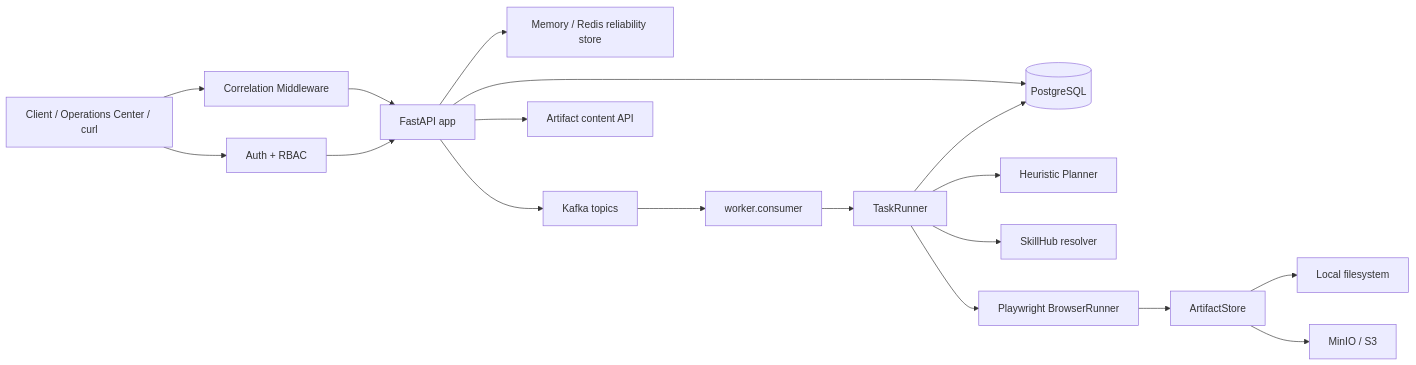
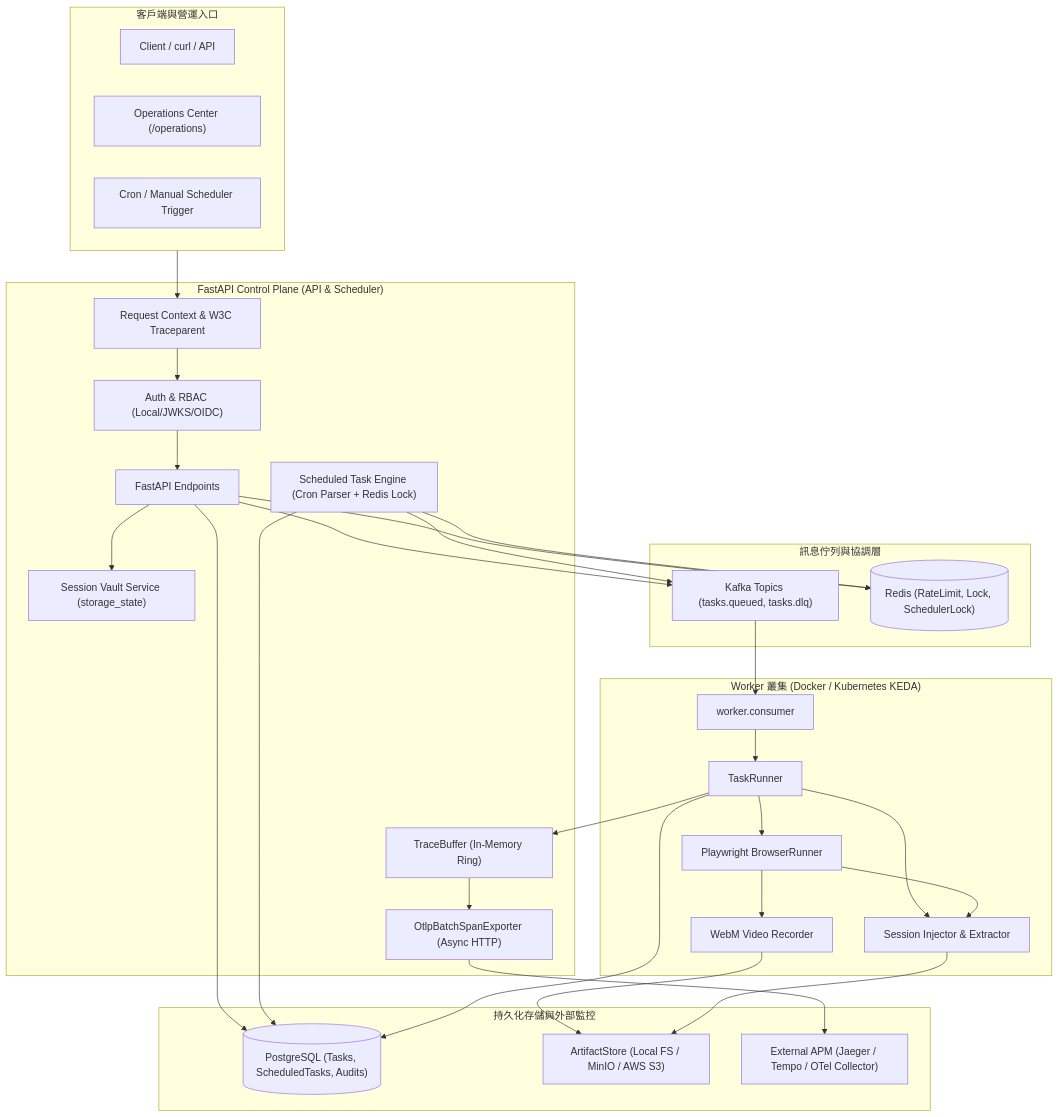
One commit to leo459028/BrowserAgent changed the diagram in DOCS/ARCHITECTURE.md. Above: the diagram before and after it, drawn with Mermaid. The commit also changed other lines of this file and 59 other files, not shown here.

````diff
--- a/DOCS/ARCHITECTURE.md
+++ b/DOCS/ARCHITECTURE.md
@@ -5,20 +5,61 @@
 ```mermaid
-flowchart LR
-    Client["Client / Operations Center / curl"] --> Auth["Auth + RBAC"]
-    Client --> Context["Correlation Middleware"]
-    Context --> API
-    Auth --> API["FastAPI app"]
-    API --> DB[("PostgreSQL")]
-    API --> Reliability["Memory / Redis reliability store"]
-    API --> Kafka["Kafka topics"]
-    API --> ArtifactAPI["Artifact content API"]
-    Kafka --> Worker["worker.consumer"]
-    Worker --> Runner["TaskRunner"]
-    Runner --> Planner["Heuristic Planner"]
-    Runner --> SkillHub["SkillHub resolver"]
-    Runner --> Browser["Playwright BrowserRunner"]
-    Browser --> Store["ArtifactStore"]
-    Store --> Local["Local filesystem"]
-    Store --> S3["MinIO / S3"]
-    Runner --> DB
+flowchart TB
+    subgraph ClientLayer["客戶端與營運入口"]
+        Client["Client / curl / API"]
+        OpsCenter["Operations Center (/operations)"]
+        CronTrigger["Cron / Manual Scheduler Trigger"]
+    end
+
+    subgraph ControlPlane["FastAPI Control Plane (API & Scheduler)"]
+        Auth["Auth & RBAC (Local/JWKS/OIDC)"]
+        Context["Request Context & W3C Traceparent"]
+        Scheduler["Scheduled Task Engine (Cron Parser + Redis Lock)"]
+        SessionVault["Session Vault Service (storage_state)"]
+        APIEndpoints["FastAPI Endpoints"]
+        TraceBuf["TraceBuffer (In-Memory Ring)"]
+        OtlpExporter["OtlpBatchSpanExporter (Async HTTP)"]
+    end
+
+    subgraph MessagingCluster["訊息佇列與協調層"]
+        KafkaQueue["Kafka Topics (tasks.queued, tasks.dlq)"]
+        RedisStore[("Redis (RateLimit, Lock, SchedulerLock)")]
+    end
+
+    subgraph DataPlane["Worker 叢集 (Docker / Kubernetes KEDA)"]
+        WorkerConsumer["worker.consumer"]
+        TaskRunner["TaskRunner"]
+        Playwright["Playwright BrowserRunner"]
+        VideoRecorder["WebM Video Recorder"]
+        SessionInjector["Session Injector & Extractor"]
+    end
+
+    subgraph PersistenceLayer["持久化存儲與外部監控"]
+        PostgresDB[("PostgreSQL (Tasks, ScheduledTasks, Audits)")]
+        ArtifactStore["ArtifactStore (Local FS / MinIO / AWS S3)"]
+        ExternalAPM["External APM (Jaeger / Tempo / OTel Collector)"]
+    end
+
+    ClientLayer --> Context
+    Context --> Auth
+    Auth --> APIEndpoints
+    APIEndpoints --> PostgresDB
+    APIEndpoints --> RedisStore
+    APIEndpoints --> KafkaQueue
+    Scheduler --> RedisStore
+    Scheduler --> PostgresDB
+    Scheduler --> KafkaQueue
+    APIEndpoints --> SessionVault
+    TraceBuf --> OtlpExporter
+    OtlpExporter --> ExternalAPM
+
+    KafkaQueue --> WorkerConsumer
+    WorkerConsumer --> TaskRunner
+    TaskRunner --> SessionInjector
+    TaskRunner --> Playwright
+    Playwright --> VideoRecorder
+    Playwright --> SessionInjector
+    VideoRecorder --> ArtifactStore
+    SessionInjector --> ArtifactStore
+    TaskRunner --> PostgresDB
+    TaskRunner --> TraceBuf
 ```
````
